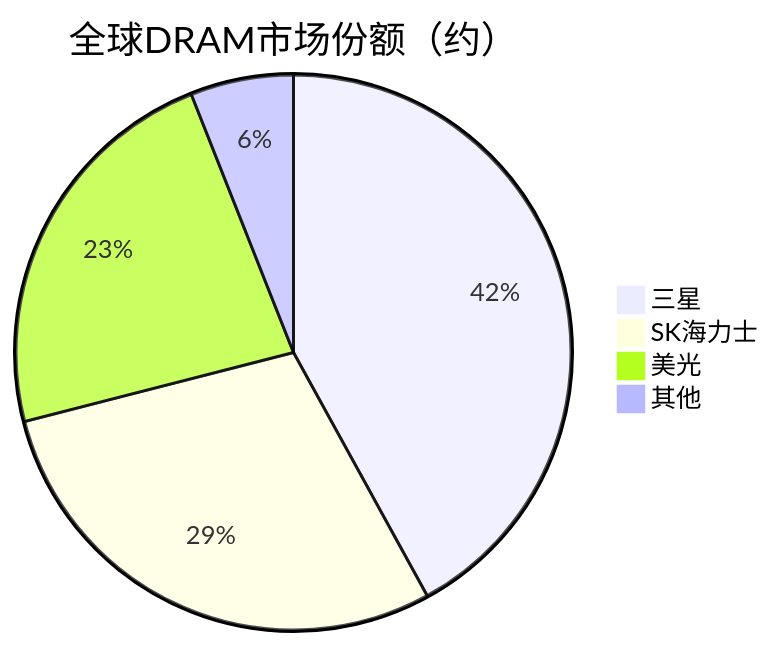
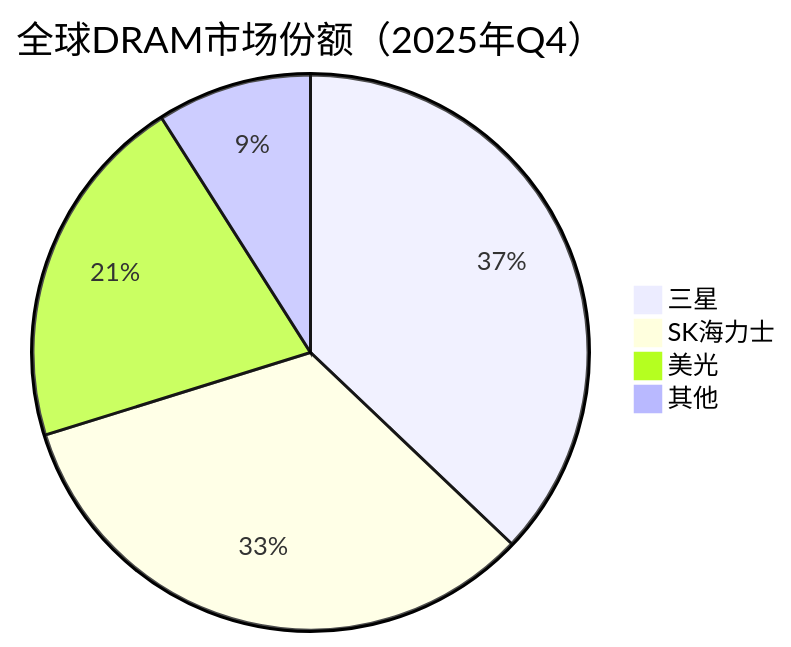
Before and after one commit to blueprint1453/industry-insight: the third of 3 diagrams in 存储产业链/中游/DRAM/DDR5与LPDDR5X.md, drawn with Mermaid. The commit also changed other lines of this file and 78 other files, not shown here.

````diff
--- a/存储产业链/中游/DRAM/DDR5与LPDDR5X.md
+++ b/存储产业链/中游/DRAM/DDR5与LPDDR5X.md
@@ -106,7 +106,7 @@
 ```mermaid
-pie title 全球DRAM市场份额（约）
-    "三星" : 42
-    "SK海力士" : 29
-    "美光" : 23
-    "其他" : 6
+pie title 全球DRAM市场份额（2025年Q4）
+    "三星" : 37.1
+    "SK海力士" : 33.1
+    "美光" : 20.8
+    "其他" : 9.0
 ```
````
